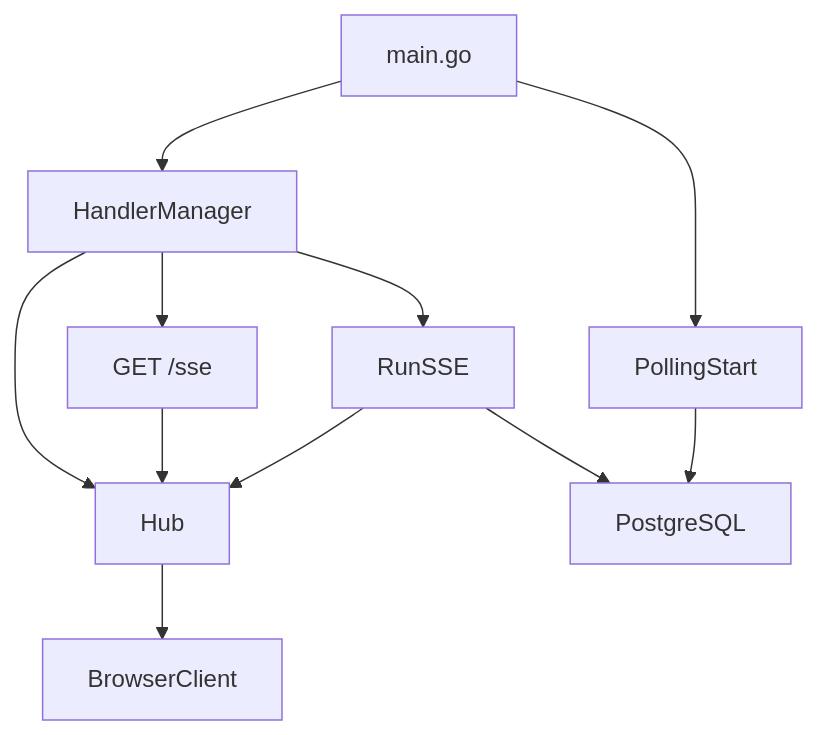
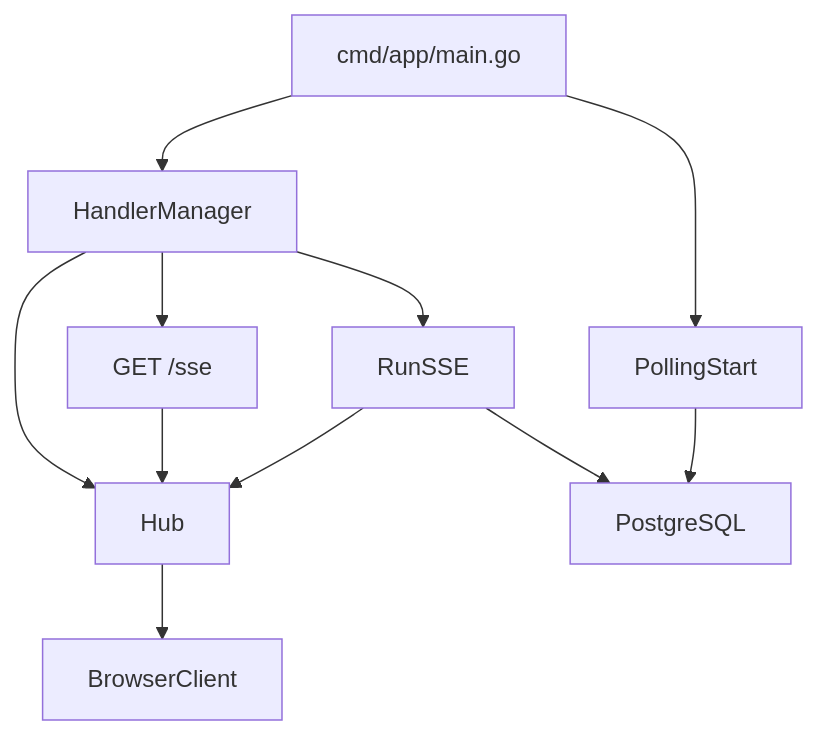
Before and after one commit to tsubomi0443/meetup: the second of 2 diagrams in doc/ARCHITECTURE.md, drawn with Mermaid. The commit also changed other lines of this file and 23 other files, not shown here.

````diff
--- a/doc/ARCHITECTURE.md
+++ b/doc/ARCHITECTURE.md
@@ -58,22 +58,22 @@
 ```mermaid
 flowchart TD
-    Main[main.go]
+    Main["cmd/app/main.go"]
     HandlerManager[HandlerManager]
     Hub[Hub]
     SseRoute["GET /sse"]
     Polling[PollingStart]
     RunSse[RunSSE]
     Db[PostgreSQL]
     Client[BrowserClient]
 
     Main --> HandlerManager
     HandlerManager --> Hub
     HandlerManager --> SseRoute
     Main --> Polling
     SseRoute --> Hub
     Hub --> Client
     HandlerManager --> RunSse
     RunSse --> Db
     Polling --> Db
     RunSse --> Hub
 ```
````
